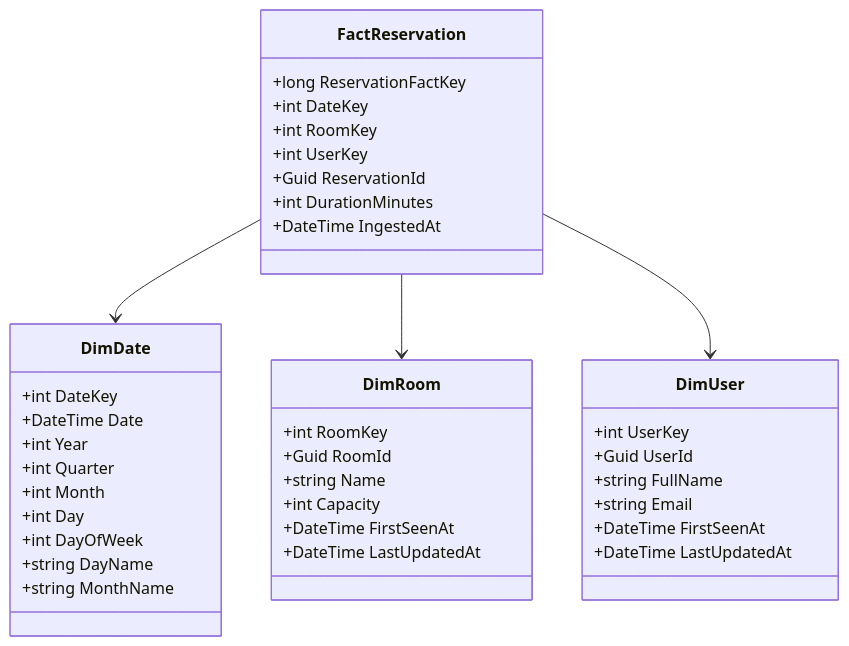
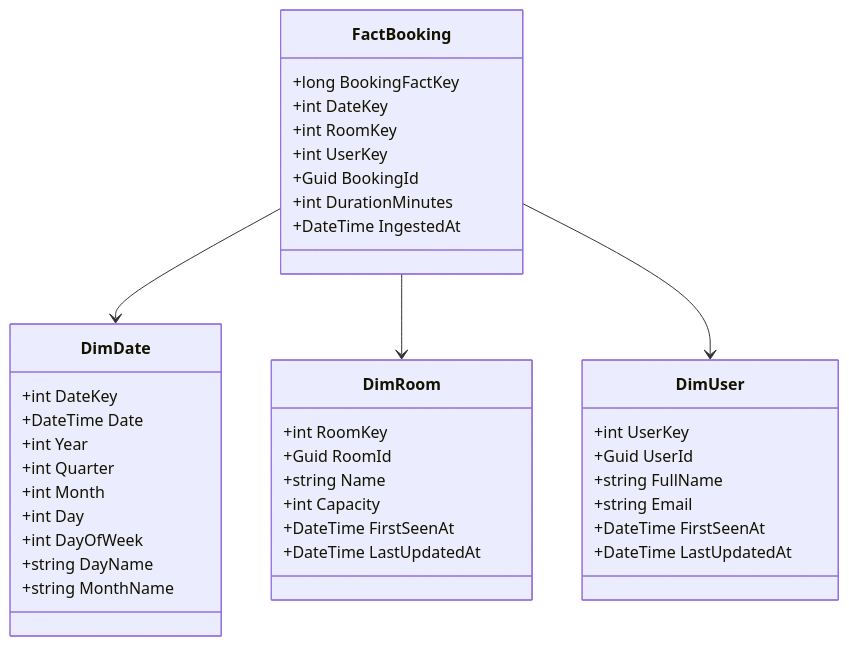
Before and after one commit to gabrielrabreu/room-booking: the fourth of 4 diagrams in docs/domain-model.md, drawn with Mermaid. The commit also changed other lines of this file and 45 other files, not shown here.

````diff
--- a/docs/domain-model.md
+++ b/docs/domain-model.md
@@ -62,55 +62,55 @@
 ```mermaid
 classDiagram
 
-class FactReservation {
-    +long ReservationFactKey
+class FactBooking {
+    +long BookingFactKey
 
     +int DateKey
     +int RoomKey
     +int UserKey
 
-    +Guid ReservationId
+    +Guid BookingId
 
     +int DurationMinutes
 
     +DateTime IngestedAt
 }
 
 class DimDate {
     +int DateKey
 
     +DateTime Date
 
     +int Year
     +int Quarter
     +int Month
     +int Day
 
     +int DayOfWeek
 
     +string DayName
     +string MonthName
 }
 
 class DimRoom {
     +int RoomKey
     +Guid RoomId
     +string Name
     +int Capacity
     +DateTime FirstSeenAt
     +DateTime LastUpdatedAt
 }
 
 class DimUser {
     +int UserKey
     +Guid UserId
     +string FullName
     +string Email
     +DateTime FirstSeenAt
     +DateTime LastUpdatedAt
 }
 
-FactReservation --> DimDate
-FactReservation --> DimRoom
-FactReservation --> DimUser
+FactBooking --> DimDate
+FactBooking --> DimRoom
+FactBooking --> DimUser
 ```
````
